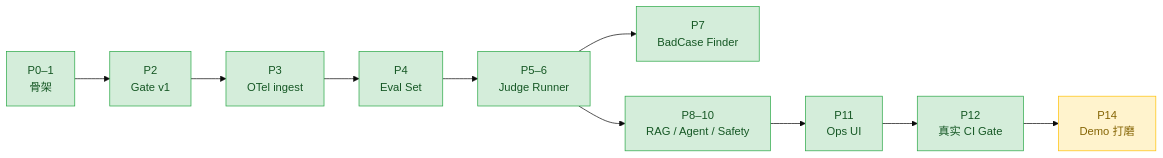
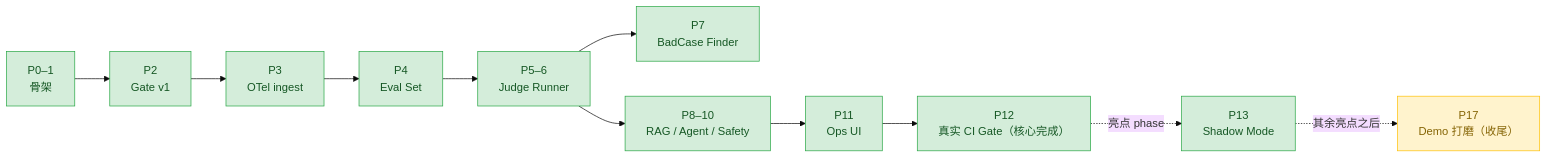
One commit to AndyUneducated/eval-gate changed the first of 2 diagrams in docs/ROADMAP.md. Above: the diagram before and after it, drawn with Mermaid (base theme). The commit also changed other lines of this file and 51 other files, not shown here.

````diff
--- a/docs/ROADMAP.md
+++ b/docs/ROADMAP.md
@@ -36,17 +39,18 @@
 ```mermaid
 flowchart LR
     P0["P0–1<br/>骨架"] --> P2["P2<br/>Gate v1"]
     P2 --> P3["P3<br/>OTel ingest"]
     P3 --> P4["P4<br/>Eval Set"]
     P4 --> P5["P5–6<br/>Judge Runner"]
     P5 --> P7["P7<br/>BadCase Finder"]
     P5 --> P8["P8–10<br/>RAG / Agent / Safety"]
     P8 --> P11["P11<br/>Ops UI"]
-    P11 --> P12["P12<br/>真实 CI Gate"]
-    P12 --> P14["P14<br/>Demo 打磨"]
+    P11 --> P12["P12<br/>真实 CI Gate（核心完成）"]
+    P12 -.亮点 phase.-> P13["P13<br/>Shadow Mode"]
+    P13 -.其余亮点之后.-> P17["P17<br/>Demo 打磨（收尾）"]
 
     classDef done fill:#d4edda,stroke:#28a745,color:#155724;
     classDef todo fill:#fff3cd,stroke:#ffc107,color:#856404;
-    class P0,P2,P3,P4,P5,P7,P8,P11,P12 done;
-    class P14 todo;
+    class P0,P2,P3,P4,P5,P7,P8,P11,P12,P13 done;
+    class P17 todo;
 ```
````
